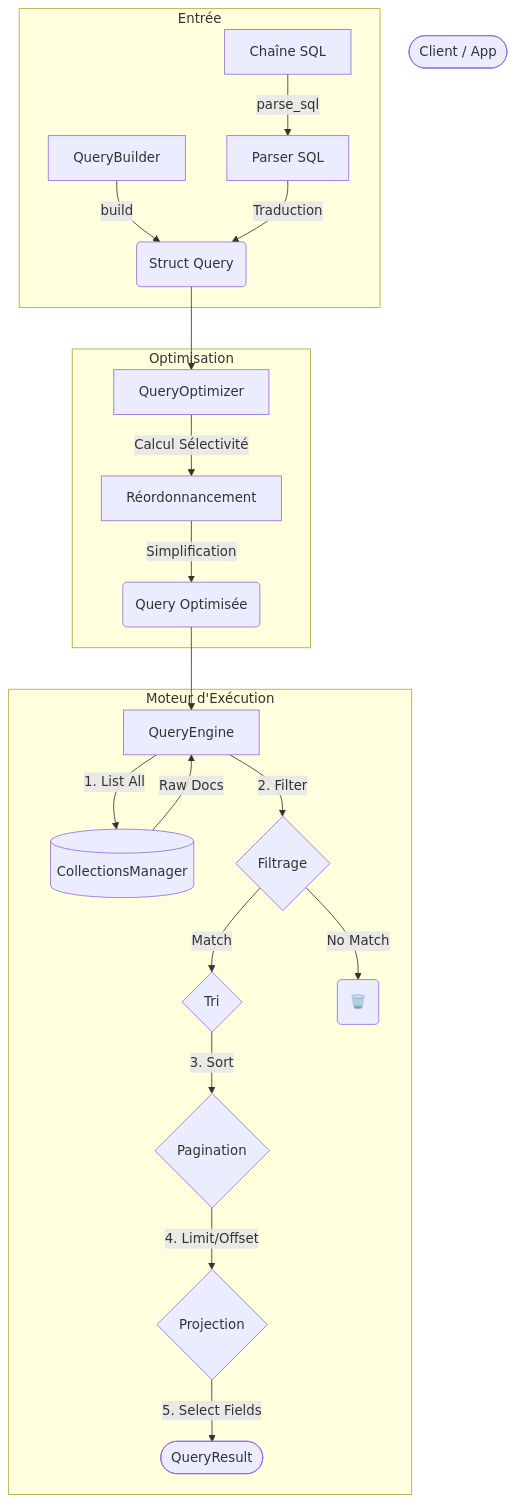
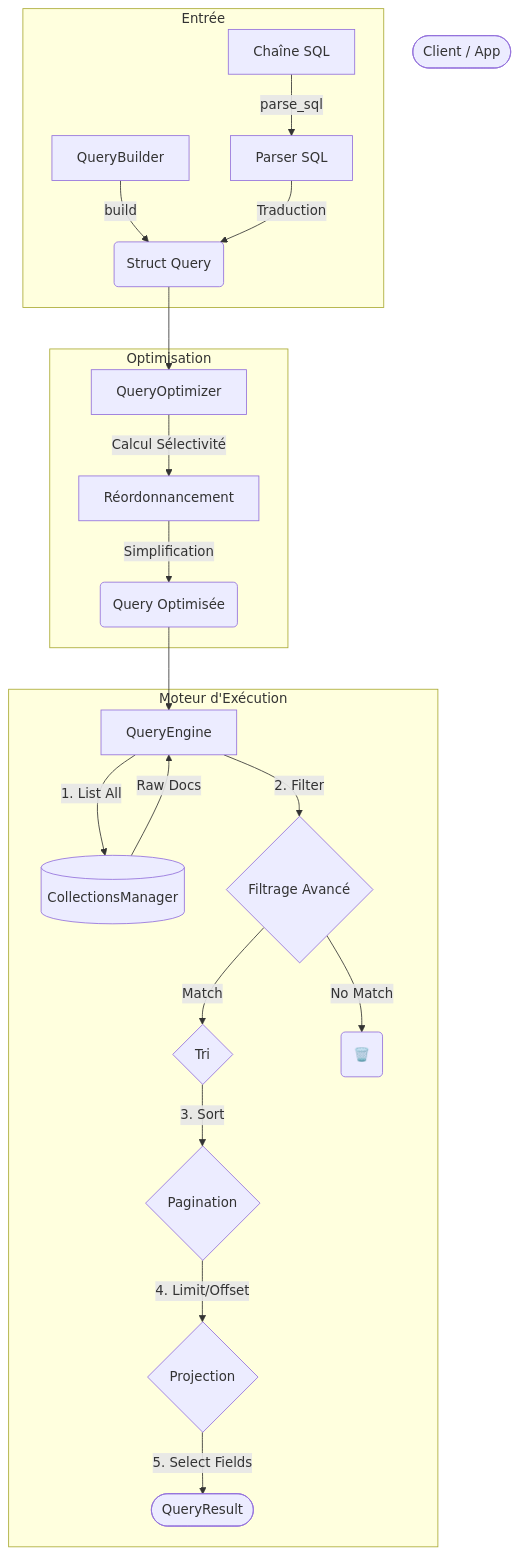
One commit to Condorcet-Continuum/raise changed the diagram in src-tauri/src/json_db/query/README.md. Above: the diagram before and after it, drawn with Mermaid. The commit also changed other lines of this file and 12 other files, not shown here.

````diff
--- a/src-tauri/src/json_db/query/README.md
+++ b/src-tauri/src/json_db/query/README.md
@@ -11,32 +11,32 @@
 ```mermaid
 flowchart TD
     Client([Client / App])
 
     subgraph Input [Entrée]
         SQL[Chaîne SQL] -->|parse_sql| Parser
         Code[QueryBuilder] -->|build| Struct
     end
 
     Parser[Parser SQL] -->|Traduction| Struct(Struct Query)
 
     subgraph Optimization [Optimisation]
         Struct --> Opt[QueryOptimizer]
         Opt -->|Calcul Sélectivité| Reorder[Réordonnancement]
         Reorder -->|Simplification| Optimized(Query Optimisée)
     end
 
     subgraph Execution [Moteur d'Exécution]
         Optimized --> Engine[QueryEngine]
         Engine -->|1. List All| Storage[(CollectionsManager)]
         Storage -->|Raw Docs| Engine
 
-        Engine -->|2. Filter| Filter{Filtrage}
+        Engine -->|2. Filter| Filter{Filtrage Avancé}
         Filter -- Match --> Sort{Tri}
         Filter -- No Match --> Discard(🗑️)
 
         Sort -->|3. Sort| Page{Pagination}
         Page -->|4. Limit/Offset| Project{Projection}
         Project -->|5. Select Fields| Result([QueryResult])
     end
 
 ```
````
